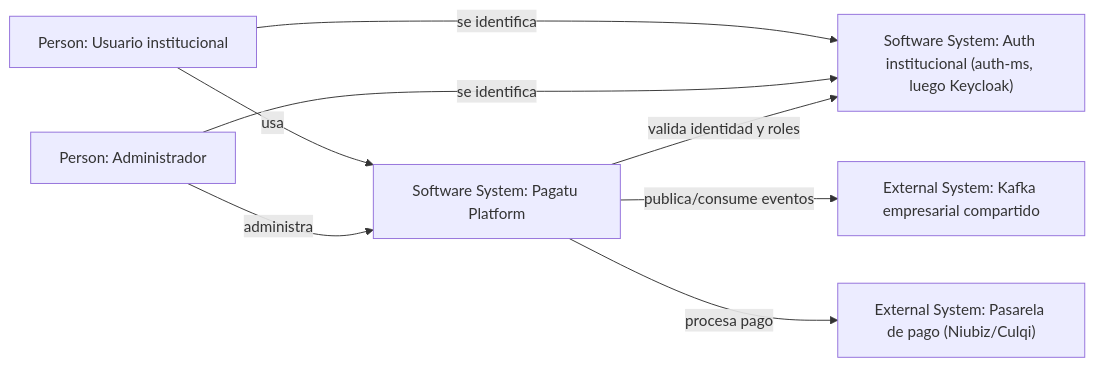
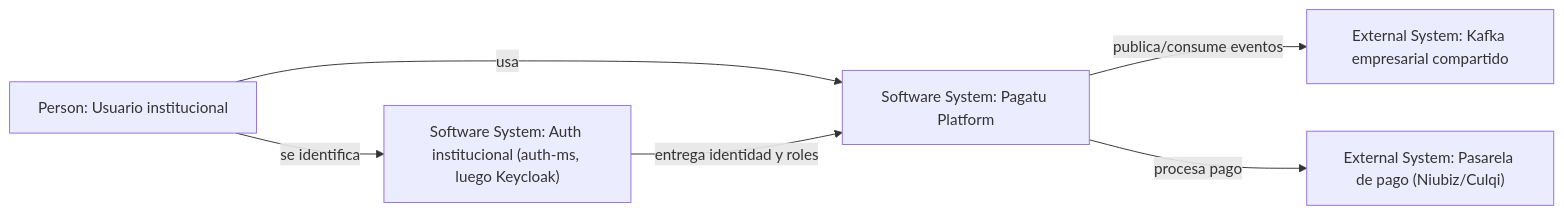
The first of 7 diagrams in README.md (262dist/pagatu), drawn with Mermaid before and after one commit. The commit also changed other lines of this file, not shown here.

````diff
--- a/README.md
+++ b/README.md
@@ -40,17 +40,14 @@
 ```mermaid
 flowchart LR
+    auth["Software System: Auth institucional (auth-ms, luego Keycloak)"]
     usuario["Person: Usuario institucional"]
-    admin["Person: Administrador"]
-    auth["Software System: Auth institucional (auth-ms, luego Keycloak)"]
     pagatu["Software System: Pagatu Platform"]
     kafkaCorp["External System: Kafka empresarial compartido"]
     pasarela["External System: Pasarela de pago (Niubiz/Culqi)"]
 
     usuario -->|se identifica| auth
-    admin -->|se identifica| auth
     usuario -->|usa| pagatu
-    admin -->|administra| pagatu
-    pagatu -->|valida identidad y roles| auth
+    auth -->|entrega identidad y roles| pagatu
     pagatu -->|publica/consume eventos| kafkaCorp
     pagatu -->|procesa pago| pasarela
 ```
````
